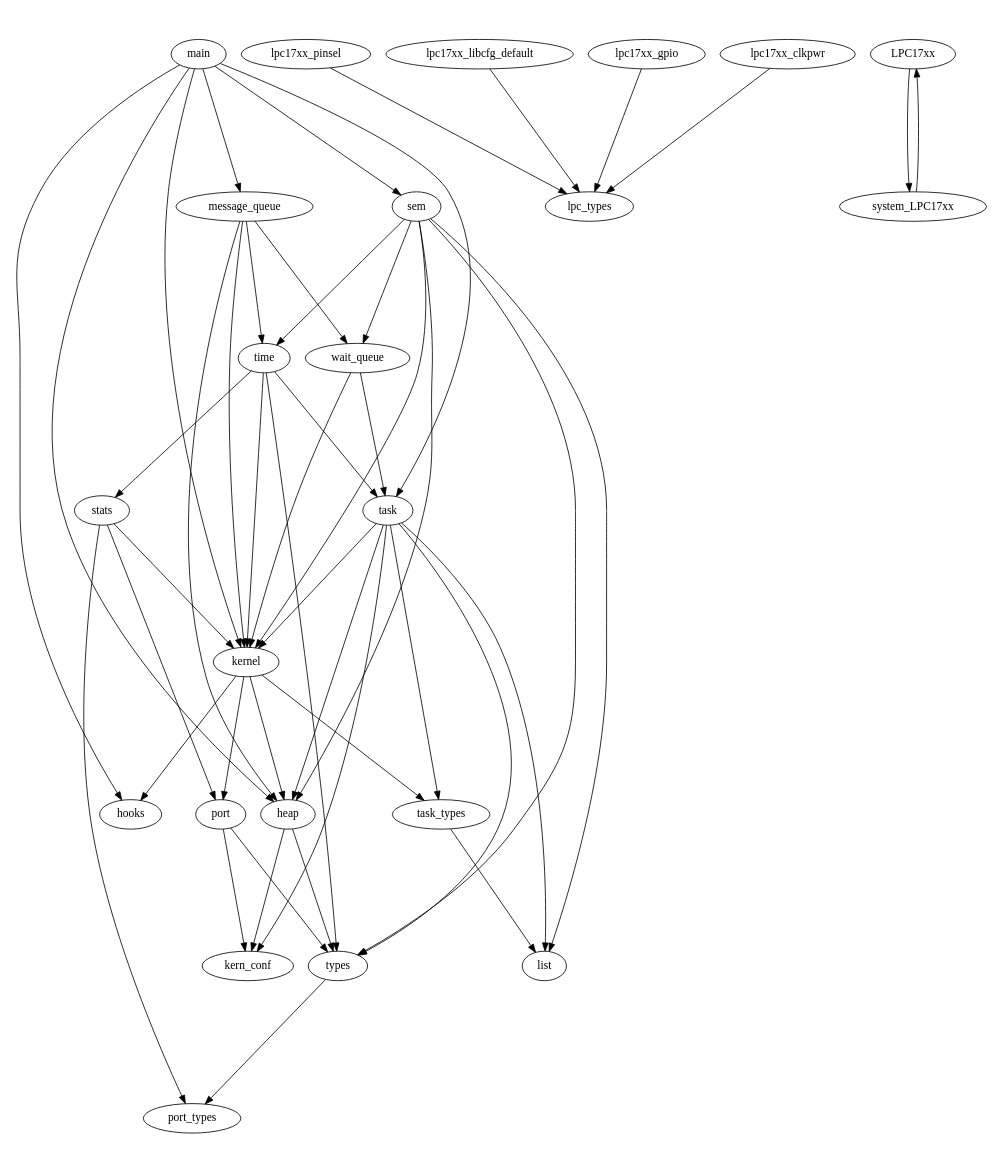
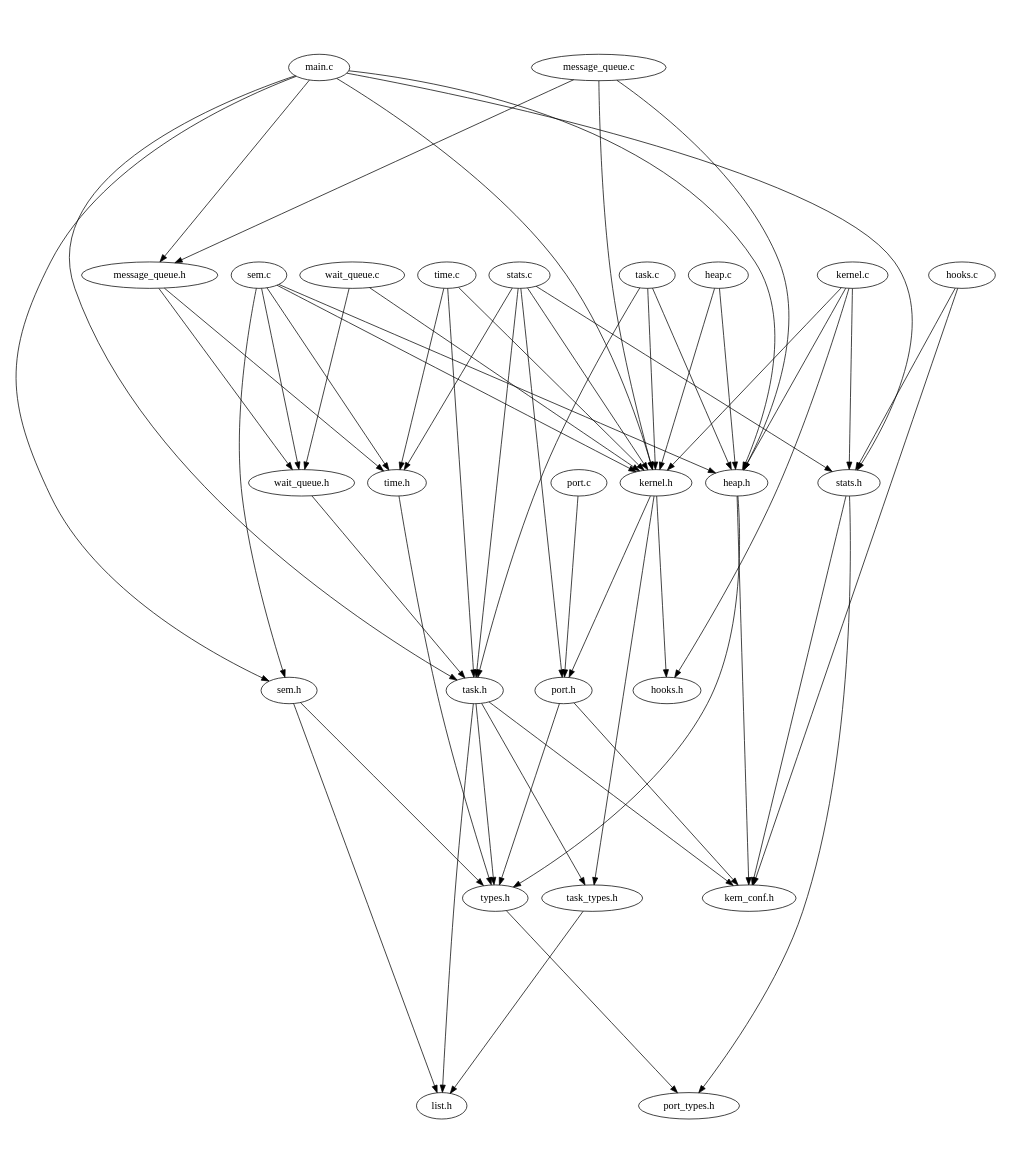
One commit to ichrysou/u-kernel-rtos changed the diagram in GCC/uKernel/tools/source.dot. Above: the diagram before and after it, drawn with Graphviz. The commit also changed 15 other files, not shown here.

```diff
--- a/GCC/uKernel/tools/source.dot
+++ b/GCC/uKernel/tools/source.dot
@@ -1,55 +1,65 @@
 digraph "source tree" {
     overlap=scale;
     size="8,10";
     ratio="fill";
     fontsize="16";
     fontname="Helvetica";
 	clusterrank="local";
-	"kernel" -> "hooks"
-	"lpc17xx_pinsel" -> "lpc_types"
-	"lpc17xx_libcfg_default" -> "lpc_types"
-	"stats" -> "port_types"
-	"main" -> "kernel"
-	"wait_queue" -> "kernel"
-	"message_queue" -> "wait_queue"
-	"kernel" -> "port"
-	"lpc17xx_gpio" -> "lpc_types"
-	"lpc17xx_clkpwr" -> "lpc_types"
-	"kernel" -> "task_types"
-	"sem" -> "list"
-	"time" -> "task"
-	"LPC17xx" -> "system_LPC17xx"
-	"main" -> "task"
-	"main" -> "hooks"
-	"task_types" -> "list"
-	"heap" -> "kern_conf"
-	"sem" -> "types"
-	"time" -> "types"
-	"task" -> "heap"
-	"time" -> "kernel"
-	"port" -> "types"
-	"time" -> "stats"
-	"main" -> "message_queue"
-	"sem" -> "wait_queue"
-	"port" -> "kern_conf"
-	"sem" -> "heap"
-	"kernel" -> "heap"
-	"stats" -> "port"
-	"system_LPC17xx" -> "LPC17xx"
-	"sem" -> "kernel"
-	"task" -> "list"
-	"message_queue" -> "kernel"
-	"wait_queue" -> "task"
-	"stats" -> "kernel"
-	"task" -> "kern_conf"
-	"sem" -> "time"
-	"main" -> "sem"
-	"main" -> "heap"
-	"task" -> "task_types"
-	"message_queue" -> "time"
-	"task" -> "kernel"
-	"heap" -> "types"
-	"task" -> "types"
-	"types" -> "port_types"
-	"message_queue" -> "heap"
+	"message_queue.c" -> "kernel.h"
+	"message_queue.c" -> "heap.h"
+	"task.c" -> "heap.h"
+	"hooks.c" -> "stats.h"
+	"stats.h" -> "kern_conf.h"
+	"wait_queue.c" -> "kernel.h"
+	"main.c" -> "message_queue.h"
+	"sem.h" -> "list.h"
+	"time.c" -> "time.h"
+	"kernel.h" -> "port.h"
+	"task.h" -> "types.h"
+	"stats.c" -> "kernel.h"
+	"stats.h" -> "port_types.h"
+	"main.c" -> "task.h"
+	"main.c" -> "stats.h"
+	"port.h" -> "types.h"
+	"kernel.c" -> "kernel.h"
+	"task.h" -> "kern_conf.h"
+	"task.h" -> "task_types.h"
+	"heap.h" -> "types.h"
+	"kernel.c" -> "hooks.h"
+	"port.h" -> "kern_conf.h"
+	"kernel.h" -> "task_types.h"
+	"kernel.c" -> "heap.h"
+	"main.c" -> "heap.h"
+	"stats.c" -> "time.h"
+	"task.c" -> "task.h"
+	"wait_queue.c" -> "wait_queue.h"
+	"time.c" -> "kernel.h"
+	"wait_queue.h" -> "task.h"
+	"main.c" -> "sem.h"
+	"stats.c" -> "task.h"
+	"task.h" -> "list.h"
+	"task_types.h" -> "list.h"
+	"sem.c" -> "kernel.h"
+	"kernel.c" -> "stats.h"
+	"message_queue.h" -> "time.h"
+	"heap.h" -> "kern_conf.h"
+	"kernel.h" -> "hooks.h"
+	"stats.c" -> "stats.h"
+	"types.h" -> "port_types.h"
+	"message_queue.h" -> "wait_queue.h"
+	"heap.c" -> "kernel.h"
+	"heap.c" -> "heap.h"
+	"stats.c" -> "port.h"
+	"main.c" -> "kernel.h"
+	"sem.c" -> "sem.h"
+	"sem.c" -> "wait_queue.h"
+	"time.h" -> "types.h"
+	"message_queue.c" -> "message_queue.h"
+	"sem.h" -> "types.h"
+	"sem.c" -> "time.h"
+	"port.c" -> "port.h"
+	"sem.c" -> "heap.h"
+	"hooks.c" -> "kern_conf.h"
+	"time.c" -> "task.h"
+	"task.c" -> "kernel.h"
 }
```
